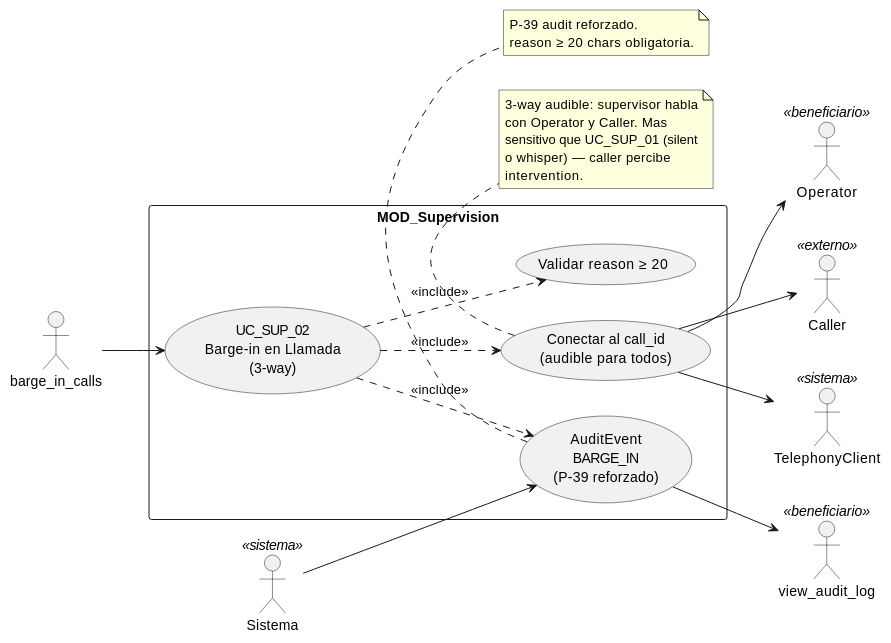
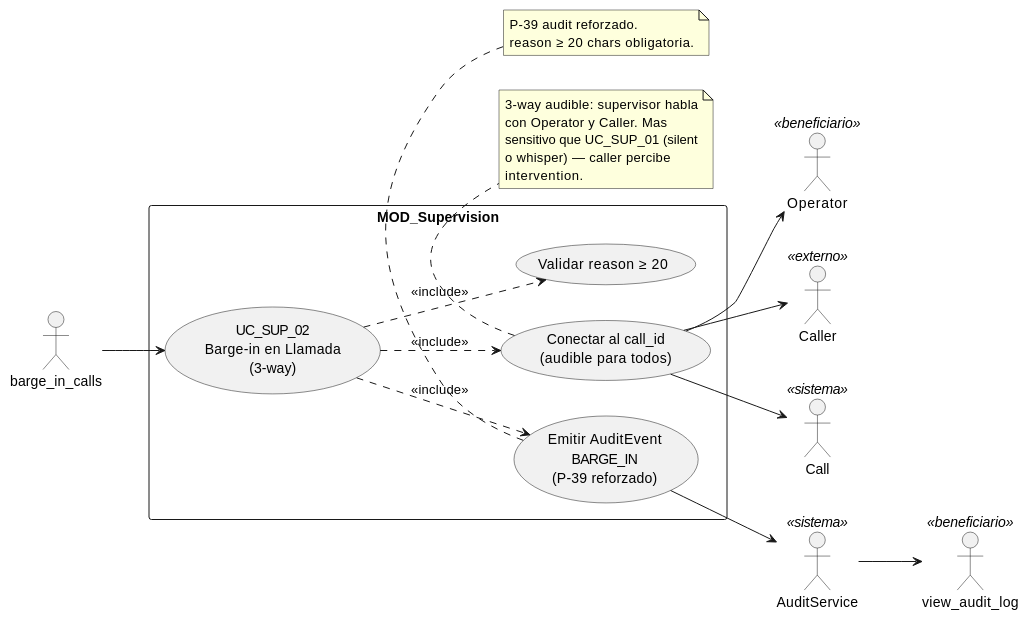
Before and after one commit to jcg-admin/IACT-docs: the diagram in source/requisitos/casos-uso/supervision/uc-sup-02/diagramas-uml/diagrama-de-caso-de-uso.rst, drawn with PlantUML. The commit also changed other lines of this file and 52 other files, not shown here.

```diff
--- a/source/requisitos/casos-uso/supervision/uc-sup-02/diagramas-uml/diagrama-de-caso-de-uso.rst
+++ b/source/requisitos/casos-uso/supervision/uc-sup-02/diagramas-uml/diagrama-de-caso-de-uso.rst
@@ -4,46 +4,46 @@
 .. uml::
  :caption: UC_SUP_02 — actores y casos asociados
 
  @startuml
 
  left to right direction
 
  actor "barge_in_calls" as INVOKER
  actor "Operator" as OPERATOR <<beneficiario>>
  actor "Caller" as CALLER <<externo>>
- actor "TelephonyClient" as TELEPHONY <<sistema>>
+ actor "Call" as CALL <<sistema>>
+ actor "AuditService" as AS <<sistema>>
  actor "view_audit_log" as view_audit_log <<beneficiario>>
- actor "Sistema" as Sistema <<sistema>>
 
  rectangle "MOD_Supervision" {
    usecase "UC_SUP_02\nBarge-in en Llamada\n(3-way)" as UC_SUP_02
    usecase "Validar reason ≥ 20" as VALIDAR_REASON
    usecase "Conectar al call_id\n(audible para todos)" as CONECTAR
-   usecase "AuditEvent\nBARGE_IN\n(P-39 reforzado)" as AUDIT
+   usecase "Emitir AuditEvent\nBARGE_IN\n(P-39 reforzado)" as AUDIT
  }
 
  INVOKER --> UC_SUP_02
  UC_SUP_02 ..> VALIDAR_REASON : <<include>>
  UC_SUP_02 ..> CONECTAR : <<include>>
  UC_SUP_02 ..> AUDIT : <<include>>
 
- CONECTAR --> TELEPHONY
+ CONECTAR --> CALL
  CONECTAR --> OPERATOR
  CONECTAR --> CALLER
- Sistema --> AUDIT
- AUDIT --> view_audit_log
+ AUDIT --> AS
+ AS --> view_audit_log
 
  note bottom of CONECTAR
    3-way audible: supervisor habla
    con Operator y Caller. Mas
    sensitivo que UC_SUP_01 (silent
    o whisper) — caller percibe
    intervention.
  end note
 
  note bottom of AUDIT
    P-39 audit reforzado.
    reason ≥ 20 chars obligatoria.
  end note
 
  @enduml
```
